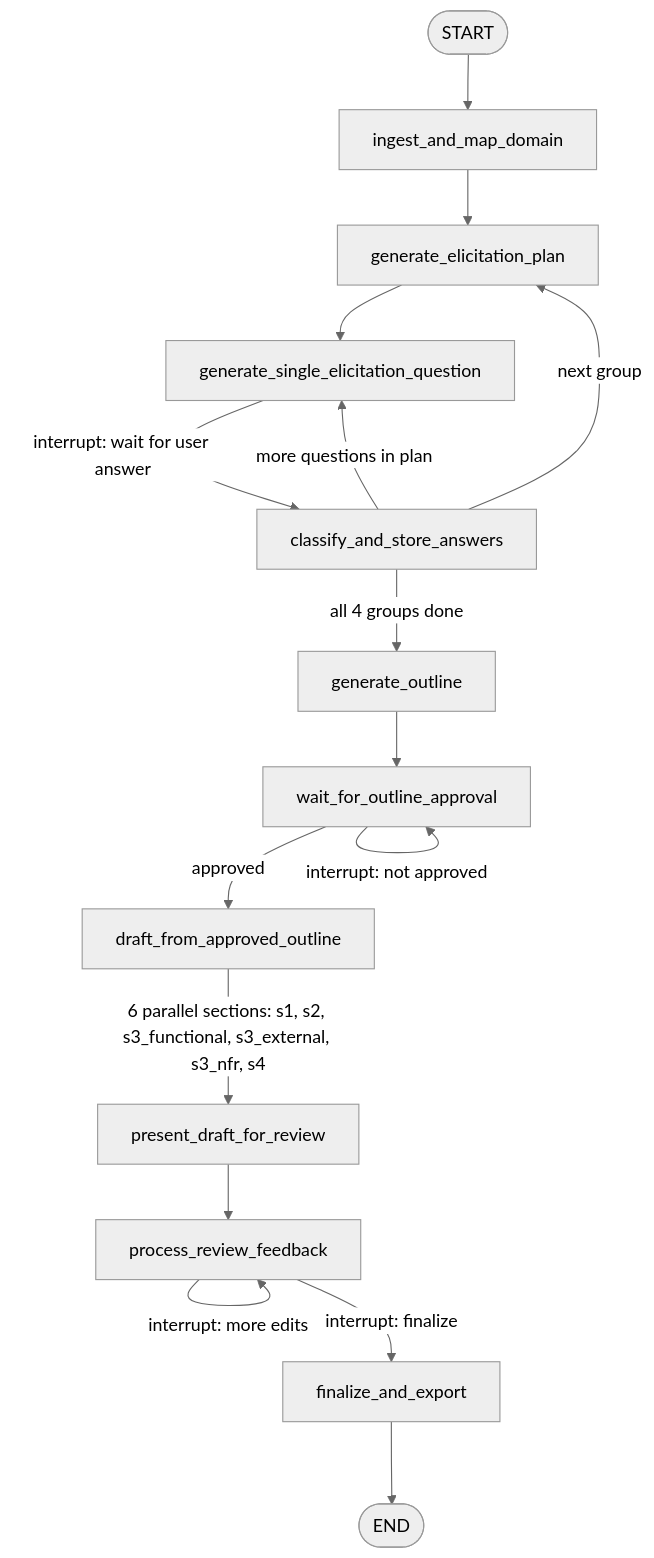
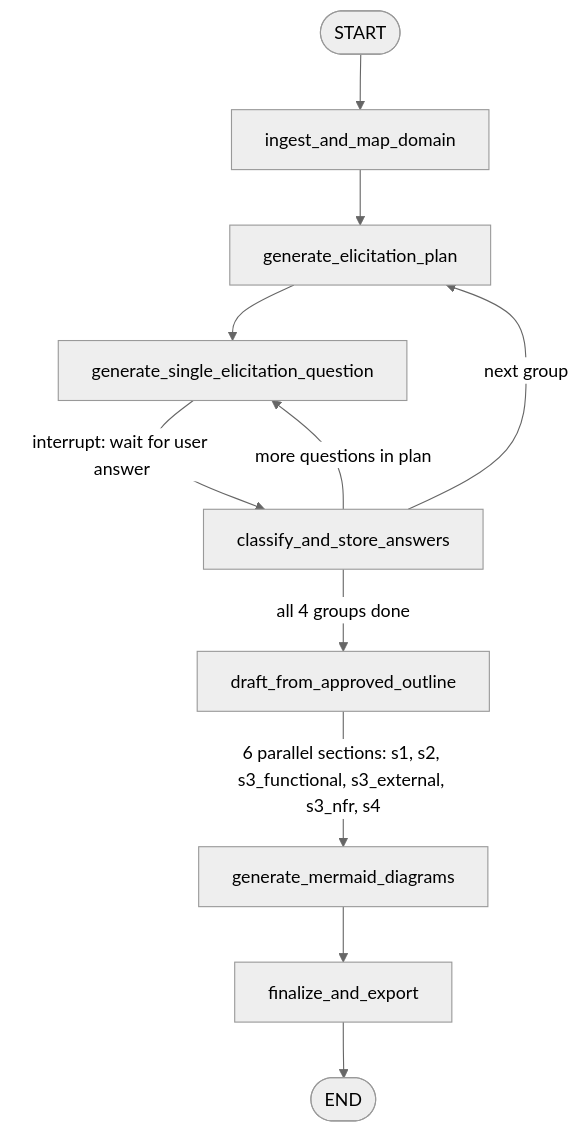
Before and after one commit to Ta1al/automated-SRS-generator: the second of 2 diagrams in README.md, drawn with Mermaid (neutral theme). The commit also changed other lines of this file and 5 other files, not shown here.

Commit message:
refactor: update documentation to reflect removal of outline generation and approval phases, and clarify diagram generation process

````diff
--- a/README.md
+++ b/README.md
@@ -85,24 +83,18 @@
 ```mermaid
 flowchart TD
     START([START]) --> ingest["ingest_and_map_domain"]
     ingest --> plan["generate_elicitation_plan"]
     plan --> q["generate_single_elicitation_question"]
 
     q -->|interrupt: wait for user answer| store["classify_and_store_answers"]
 
     store -->|more questions in plan| q
     store -->|next group| plan
-    store -->|all 4 groups done| outline["generate_outline"]
+    store -->|all 4 groups done| draft["draft_from_approved_outline"]
 
-    outline --> wait["wait_for_outline_approval"]
-    wait -->|interrupt: not approved| wait
-    wait -->|approved| draft["draft_from_approved_outline"]
+    draft -->|6 parallel sections: s1, s2, s3_functional, s3_external, s3_nfr, s4| mermaid["generate_mermaid_diagrams"]
 
-    draft -->|6 parallel sections: s1, s2, s3_functional, s3_external, s3_nfr, s4| present["present_draft_for_review"]
-    present --> review["process_review_feedback"]
-
-    review -->|interrupt: more edits| review
-    review -->|interrupt: finalize| finalize["finalize_and_export"]
+    mermaid --> finalize["finalize_and_export"]
 
     finalize --> END([END])
 ```
````
